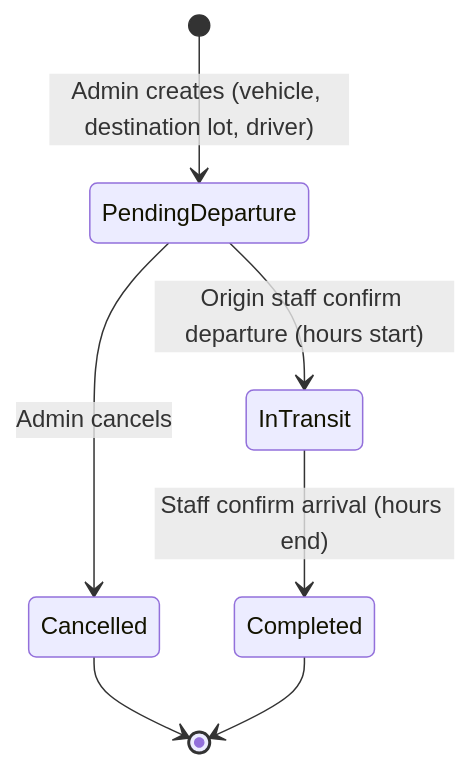
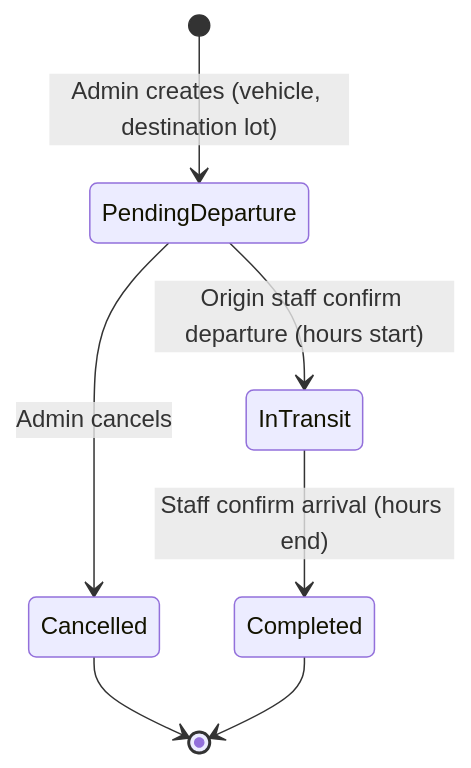
The second of 2 diagrams in REQUIREMENTS.md (53huzefa-zeenwala/VehicalManagmentSyatemDM), drawn with Mermaid before and after one commit. The commit also changed other lines of this file and 3 other files, not shown here.

````diff
--- a/REQUIREMENTS.md
+++ b/REQUIREMENTS.md
@@ -295,9 +294,9 @@
 ```mermaid
 stateDiagram-v2
-    [*] --> PendingDeparture: Admin creates (vehicle, destination lot, driver)
+    [*] --> PendingDeparture: Admin creates (vehicle, destination lot)
     PendingDeparture --> Cancelled: Admin cancels
     PendingDeparture --> InTransit: Origin staff confirm departure (hours start)
     InTransit --> Completed: Staff confirm arrival (hours end)
     Cancelled --> [*]
     Completed --> [*]
 ```
````
